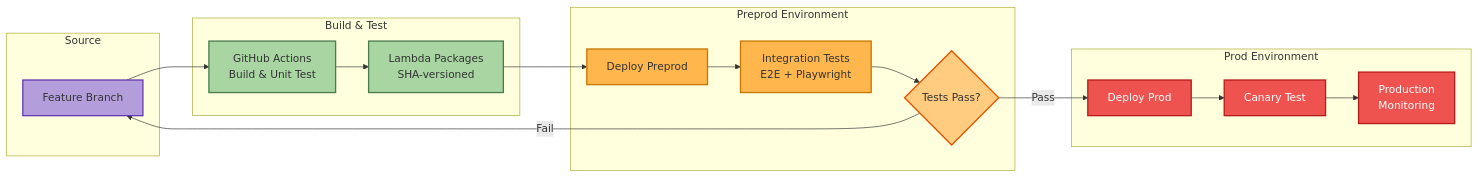
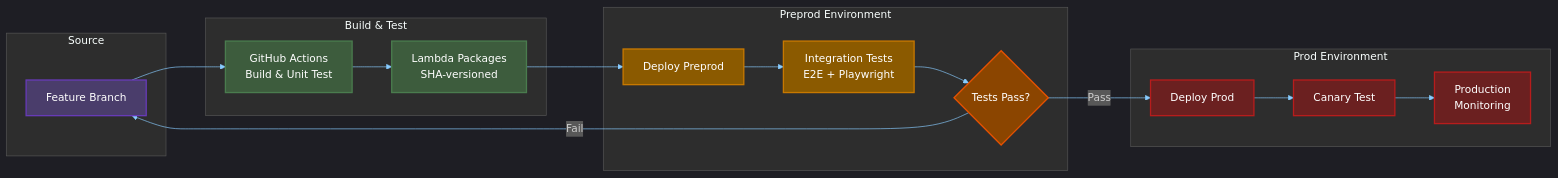
Before and after one commit to traylorre/sentiment-analyzer-gsk: the third of 5 diagrams in README.md, drawn with Mermaid. The commit also changed other lines of this file and 2 other files, not shown here.

First line of the commit message:
feat(docs): Apply dark theme to mermaid diagrams for readability

````diff
--- a/README.md
+++ b/README.md
@@ -326,47 +328,48 @@
 ```mermaid
+%%{init: {"theme": "dark", "themeVariables": {"primaryColor": "#4A90A4", "tertiaryColor": "#2d2d2d", "lineColor": "#88CCFF", "primaryTextColor": "#FFFFFF", "clusterBkg": "#2d2d2d", "clusterBorder": "#555555"}, "flowchart": {"curve": "basis", "nodeSpacing": 50, "rankSpacing": 60}}}%%
 graph LR
     subgraph Source["Source"]
         Code[Feature Branch]
     end
 
     subgraph Build["Build & Test"]
         GHA[GitHub Actions<br/>Build & Unit Test]
         Artifact[Lambda Packages<br/>SHA-versioned]
     end
 
     subgraph PreprodEnv["Preprod Environment"]
         PreprodDeploy[Deploy Preprod]
         PreprodTest[Integration Tests<br/>E2E + Playwright]
         PreprodApprove{Tests Pass?}
     end
 
     subgraph ProdEnv["Prod Environment"]
         ProdDeploy[Deploy Prod]
         Canary[Canary Test]
         ProdMonitor[Production<br/>Monitoring]
     end
 
     Code --> GHA
     GHA --> Artifact
     Artifact --> PreprodDeploy
     PreprodDeploy --> PreprodTest
     PreprodTest --> PreprodApprove
 
     PreprodApprove -->|Pass| ProdDeploy
     PreprodApprove -->|Fail| Code
 
     ProdDeploy --> Canary
     Canary --> ProdMonitor
 
-    classDef sourceNode fill:#b39ddb,stroke:#673ab7,stroke-width:2px
-    classDef buildNode fill:#a8d5a2,stroke:#4a7c4e,stroke-width:2px
-    classDef preprodNode fill:#ffb74d,stroke:#c77800,stroke-width:2px
-    classDef prodNode fill:#ef5350,stroke:#b71c1c,stroke-width:2px,color:#fff
-    classDef gateStyle fill:#ffcc80,stroke:#e65100,stroke-width:2px
+    classDef sourceNode fill:#4A3D6B,stroke:#673ab7,stroke-width:2px,color:#FFFFFF
+    classDef buildNode fill:#3D5C3D,stroke:#4a7c4e,stroke-width:2px,color:#FFFFFF
+    classDef preprodNode fill:#8B5A00,stroke:#c77800,stroke-width:2px,color:#FFFFFF
+    classDef prodNode fill:#6B2020,stroke:#b71c1c,stroke-width:2px,color:#FFFFFF
+    classDef gateStyle fill:#8B4500,stroke:#e65100,stroke-width:2px,color:#FFFFFF
 
     class Code sourceNode
     class GHA,Artifact buildNode
     class PreprodDeploy,PreprodTest preprodNode
     class ProdDeploy,Canary,ProdMonitor prodNode
     class PreprodApprove gateStyle
 ```
````
